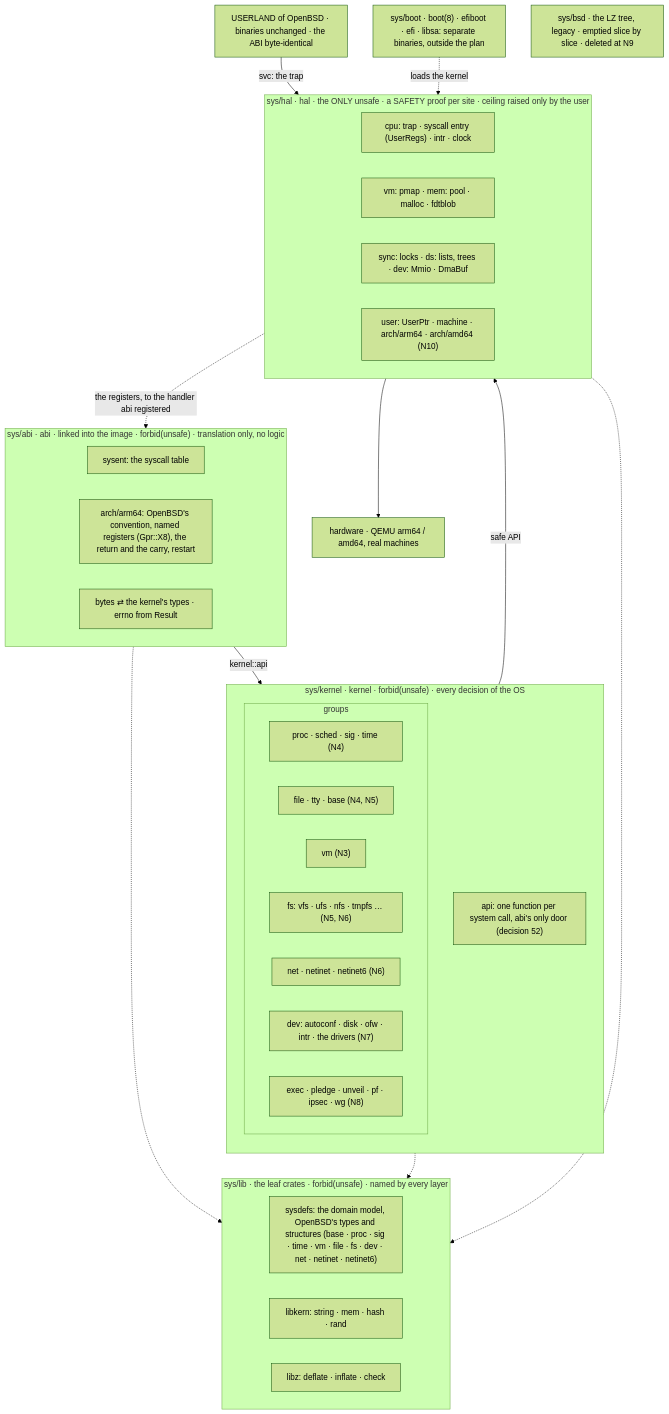
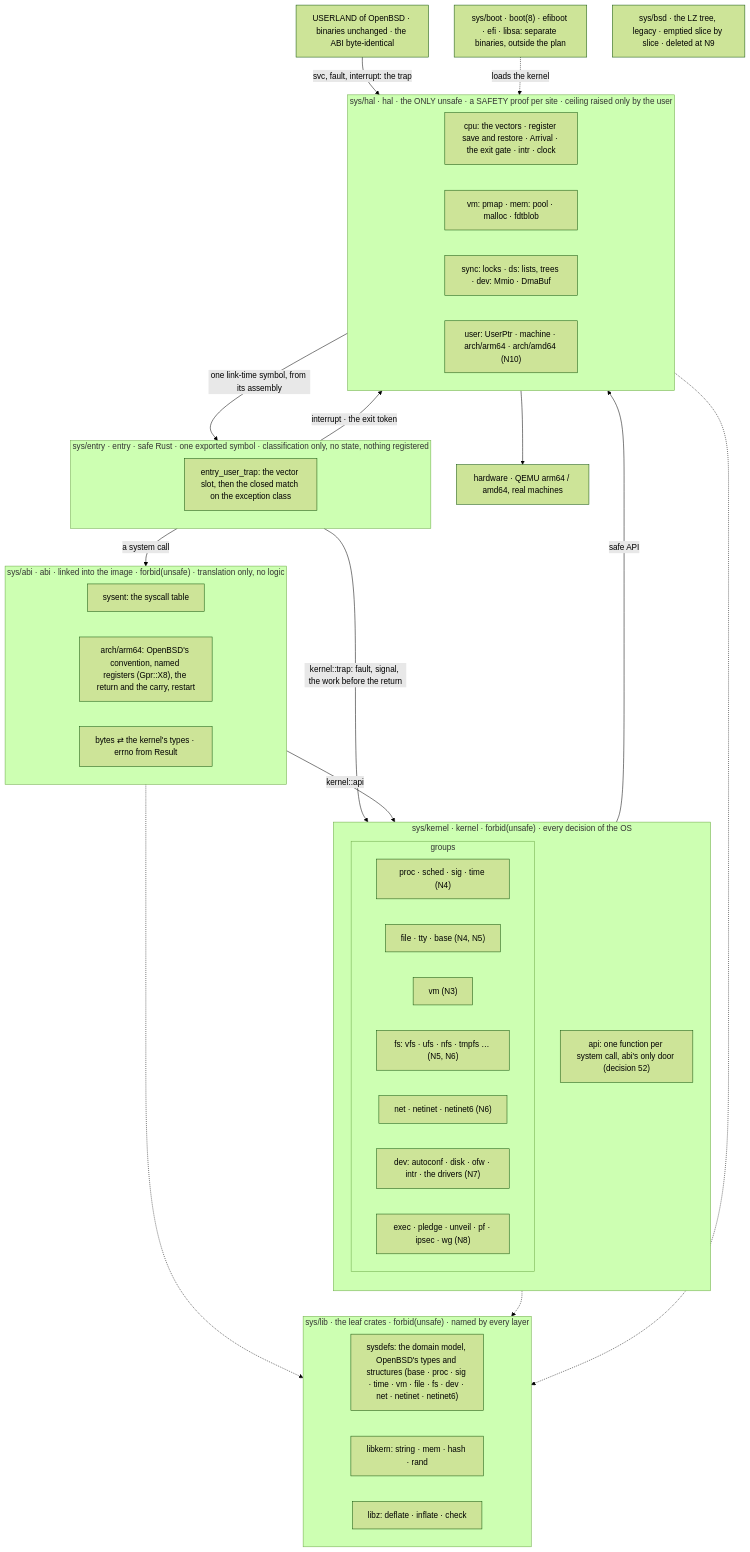
The second of 2 diagrams in README.md (EmiBSD/Kernel), drawn with Mermaid (forest theme) before and after one commit. The commit also changed other lines of this file and 5 other files, not shown here.

````diff
--- a/README.md
+++ b/README.md
@@ -78,55 +78,63 @@
 ```mermaid
 flowchart TB
     U["USERLAND of OpenBSD · binaries unchanged · the ABI byte-identical"]
 
     subgraph ABI["sys/abi · abi · linked into the image · forbid(unsafe) · translation only, no logic"]
         direction LR
         A1["sysent: the syscall table"]
         A2["arch/arm64: OpenBSD's convention, named registers (Gpr::X8), the return and the carry, restart"]
         A3["bytes ⇄ the kernel's types · errno from Result"]
+    end
+
+    subgraph ENTRY["sys/entry · entry · safe Rust · one exported symbol · classification only, no state, nothing registered"]
+        direction LR
+        E1["entry_user_trap: the vector slot, then the closed match on the exception class"]
     end
 
     subgraph K["sys/kernel · kernel · forbid(unsafe) · every decision of the OS"]
         direction TB
         KA["api: one function per system call, abi's only door (decision 52)"]
         subgraph KG["groups"]
             direction LR
             KP["proc · sched · sig · time (N4)"]
             KF["file · tty · base (N4, N5)"]
             KV["vm (N3)"]
             KS["fs: vfs · ufs · nfs · tmpfs … (N5, N6)"]
             KN["net · netinet · netinet6 (N6)"]
             KD["dev: autoconf · disk · ofw · intr · the drivers (N7)"]
             KX["exec · pledge · unveil · pf · ipsec · wg (N8)"]
         end
     end
 
     subgraph HAL["sys/hal · hal · the ONLY unsafe · a SAFETY proof per site · ceiling raised only by the user"]
         direction LR
-        H1["cpu: trap · syscall entry (UserRegs) · intr · clock"]
+        H1["cpu: the vectors · register save and restore · Arrival · the exit gate · intr · clock"]
         H2["vm: pmap · mem: pool · malloc · fdtblob"]
         H3["sync: locks · ds: lists, trees · dev: Mmio · DmaBuf"]
         H4["user: UserPtr · machine · arch/arm64 · arch/amd64 (N10)"]
     end
 
     subgraph LIB["sys/lib · the leaf crates · forbid(unsafe) · named by every layer"]
         direction LR
         L1["sysdefs: the domain model, OpenBSD's types and structures (base · proc · sig · time · vm · file · fs · dev · net · netinet · netinet6)"]
         L2["libkern: string · mem · hash · rand"]
         L3["libz: deflate · inflate · check"]
     end
 
     BOOT["sys/boot · boot(8) · efiboot · efi · libsa: separate binaries, outside the plan"]
     BSD["sys/bsd · the LZ tree, legacy · emptied slice by slice · deleted at N9"]
     M["hardware · QEMU arm64 / amd64, real machines"]
 
-    U -->|"svc: the trap"| HAL
-    HAL -.->|"the registers, to the handler abi registered"| ABI
+    U -->|"svc, fault, interrupt: the trap"| HAL
+    HAL -->|"one link-time symbol, from its assembly"| ENTRY
+    ENTRY -->|"a system call"| ABI
+    ENTRY -->|"kernel::trap: fault, signal, the work before the return"| K
+    ENTRY -->|"interrupt · the exit token"| HAL
     ABI -->|"kernel::api"| K
     K -->|"safe API"| HAL
     HAL --> M
     ABI -.-> LIB
     K -.-> LIB
     HAL -.-> LIB
     BOOT -.->|"loads the kernel"| HAL
 ```
````
